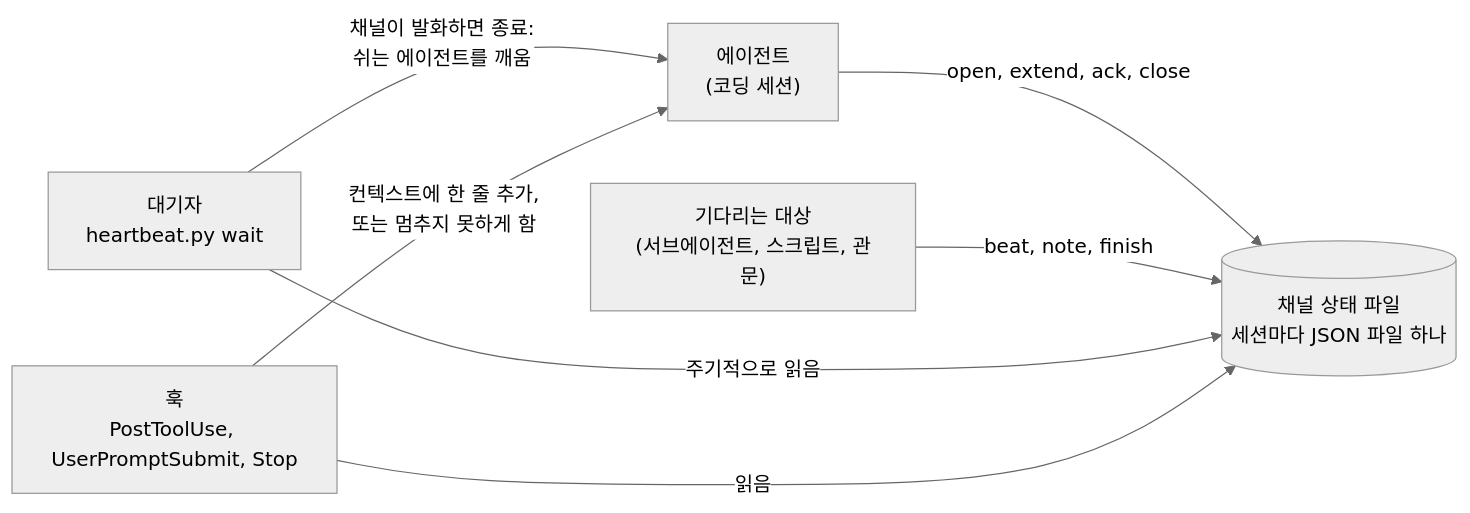
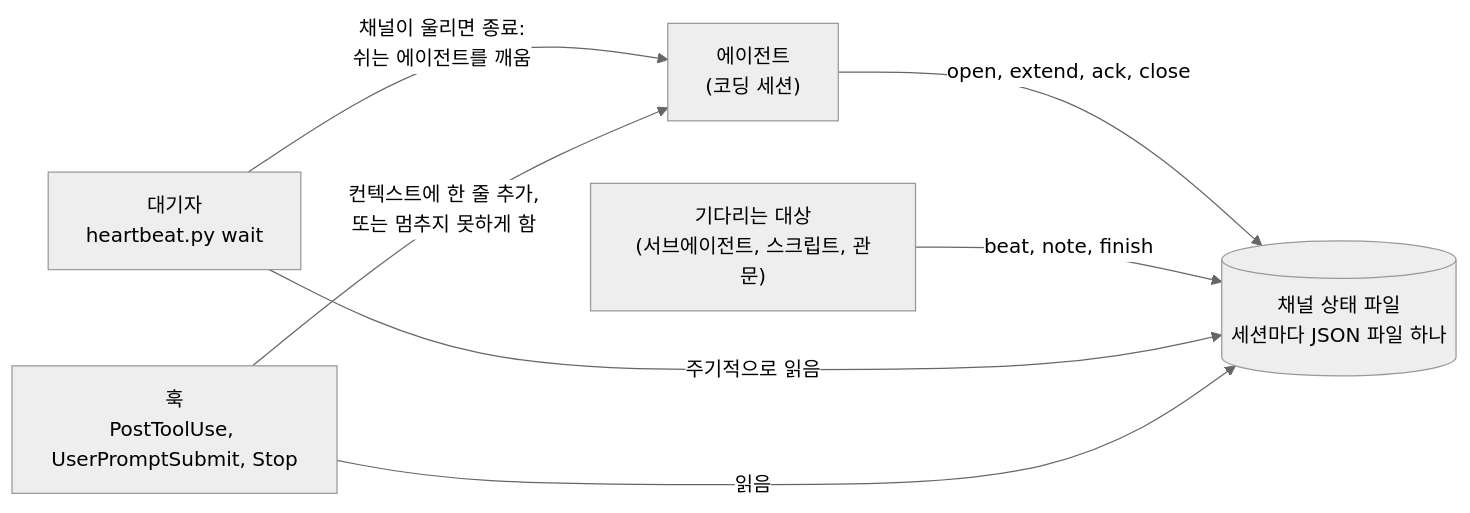
Before and after one commit to fox1245/heartbeat-mcp: the diagram in README.ko.md, drawn with Mermaid (neutral theme). The commit also changed other lines of this file and 1 other file, not shown here.

````diff
--- a/README.ko.md
+++ b/README.ko.md
@@ -107,15 +107,15 @@
 ```mermaid
 flowchart LR
     Agent["에이전트<br/>(코딩 세션)"]
     State[("채널 상태 파일<br/>세션마다 JSON 파일 하나")]
     Work["기다리는 대상<br/>(서브에이전트, 스크립트, 관문)"]
     Waiter["대기자<br/>heartbeat.py wait"]
     Hooks["훅<br/>PostToolUse, UserPromptSubmit, Stop"]
 
     Agent -- "open, extend, ack, close" --> State
     Work -- "beat, note, finish" --> State
     Waiter -- "주기적으로 읽음" --> State
     Hooks -- "읽음" --> State
-    Waiter -- "채널이 발화하면 종료:<br/>쉬는 에이전트를 깨움" --> Agent
+    Waiter -- "채널이 울리면 종료:<br/>쉬는 에이전트를 깨움" --> Agent
     Hooks -- "컨텍스트에 한 줄 추가,<br/>또는 멈추지 못하게 함" --> Agent
 ```
````
